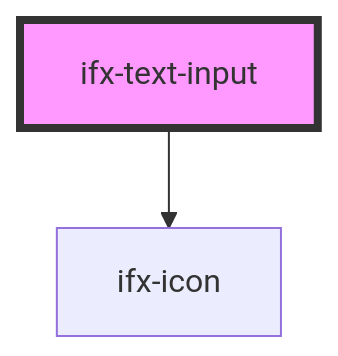
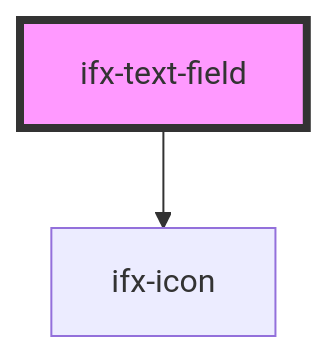
The diagram in packages/components/src/components/text-field/readme.md (Infineon/infineon-design-system-stencil), drawn with Mermaid before and after one commit. The commit also changed other lines of this file and 22 other files, not shown here.

Commit message:
renamed text-input to text-field

````diff
--- a/packages/components/src/components/text-field/readme.md
+++ b/packages/components/src/components/text-field/readme.md
@@ -36,5 +36,5 @@
 ```mermaid
 graph TD;
-  ifx-text-input --> ifx-icon
-  style ifx-text-input fill:#f9f,stroke:#333,stroke-width:4px
+  ifx-text-field --> ifx-icon
+  style ifx-text-field fill:#f9f,stroke:#333,stroke-width:4px
 ```
````
